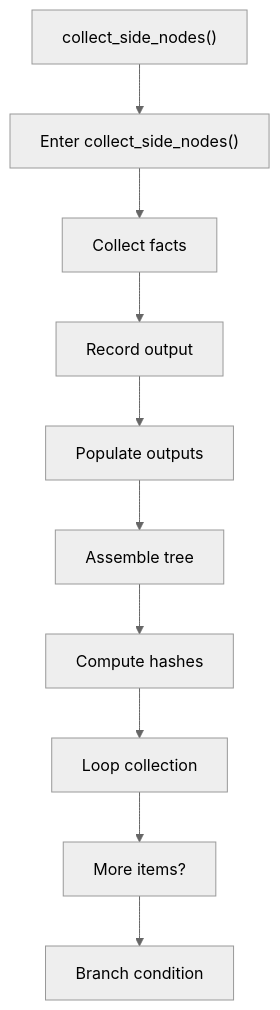
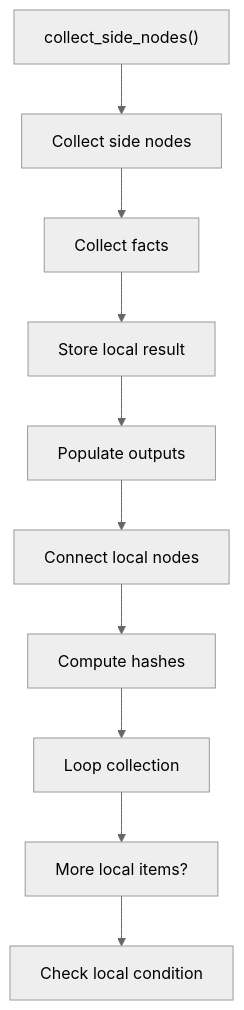
One commit to JohnAndrewBalbarosa/NeoTerritory changed the first of 2 diagrams in docs/Codebase/Microservice/Modules/Source/HashingMechanism/HashLinks/Collect/Flow/functions/collect_side_nodes.cpp.md. Above: the diagram before and after it, drawn with Mermaid (neutral theme). The commit also changed other lines of this file and 915 other files, not shown here.

````diff
--- a/docs/Codebase/Microservice/Modules/Source/HashingMechanism/HashLinks/Collect/Flow/functions/collect_side_nodes.cpp.md
+++ b/docs/Codebase/Microservice/Modules/Source/HashingMechanism/HashLinks/Collect/Flow/functions/collect_side_nodes.cpp.md
@@ -29,22 +29,22 @@
 ```mermaid
 flowchart TD
     N0["collect_side_nodes()"]
-    N1["Enter collect_side_nodes()"]
+    N1["Collect side nodes"]
     N2["Collect facts"]
-    N3["Record output"]
+    N3["Store local result"]
     N4["Populate outputs"]
-    N5["Assemble tree"]
+    N5["Connect local nodes"]
     N6["Compute hashes"]
     N7["Loop collection"]
-    N8["More items?"]
-    N9["Branch condition"]
+    N8["More local items?"]
+    N9["Check local condition"]
     N0 --> N1
     N1 --> N2
     N2 --> N3
     N3 --> N4
     N4 --> N5
     N5 --> N6
     N6 --> N7
     N7 --> N8
     N8 --> N9
 ```
````
